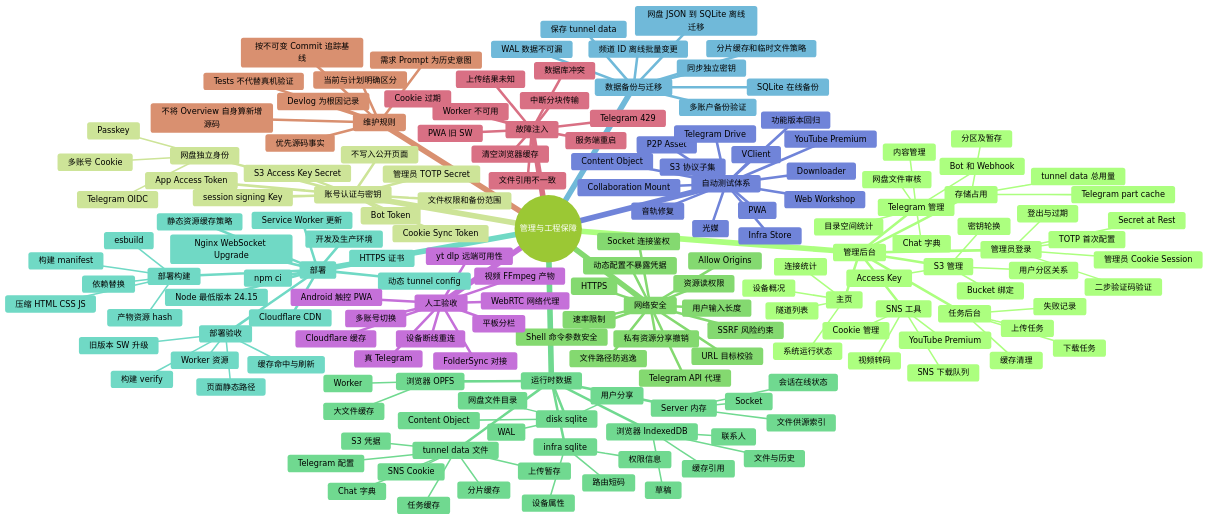
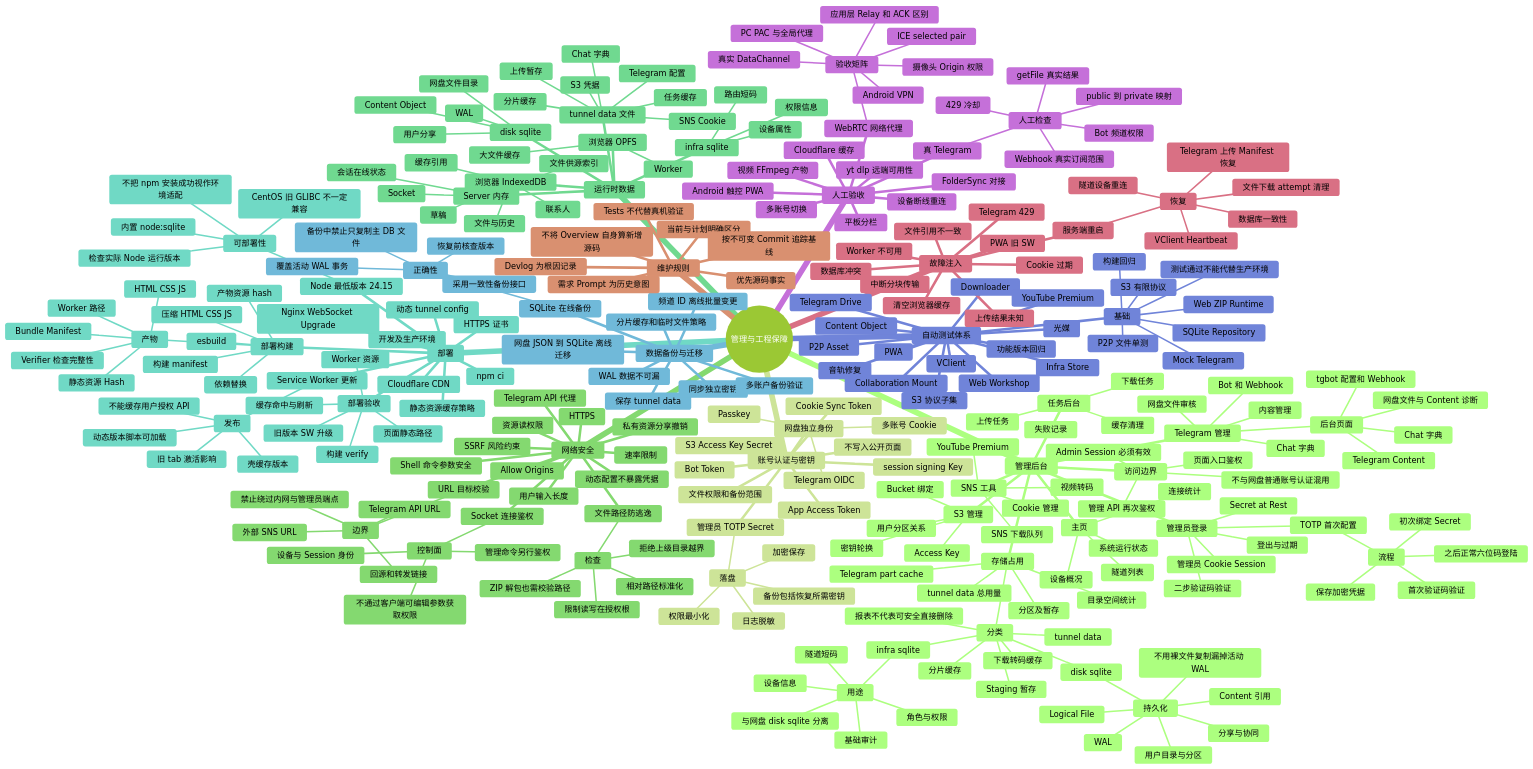
Before and after one commit to Ltre/file-tunnel: the diagram in docs/overview/feature-mindmaps/11-admin-security-deploy-tests.md, drawn with Mermaid (forest theme). The commit also changed 2 other files, not shown here.

Commit message:
docs: deepen PWA, Light Transfer, VClient and administration mindmaps 09-11

```diff
--- a/docs/overview/feature-mindmaps/11-admin-security-deploy-tests.md
+++ b/docs/overview/feature-mindmaps/11-admin-security-deploy-tests.md
@@ -11,8 +11,18 @@
 mindmap
   root((管理与工程保障))
     管理后台
+      访问边界
+        Admin Session 必须有效
+        页面入口鉴权
+        管理 API 再次鉴权
+        不与网盘普通账号认证混用
       管理员登录
         TOTP 首次配置
+          流程
+            初次绑定 Secret
+            保存加密凭据
+            首次验证码验证
+            之后正常六位码登陆
         二步验证码验证
         Secret at Rest
         管理员 Cookie Session
@@ -23,6 +33,11 @@
         设备概况
         连接统计
       Telegram 管理
+        后台页面
+          tgbot 配置和 Webhook
+          Chat 字典
+          Telegram Content
+          网盘文件与 Content 诊断
         Bot 和 Webhook
         Chat 字典
         内容管理
@@ -38,6 +53,27 @@
         用户分区关系
         密钥轮换
       存储占用
+        分类
+          tunnel data
+          infra sqlite
+            用途
+              隧道短码
+              设备信息
+              角色与权限
+              基础审计
+              与网盘 disk sqlite 分离
+          disk sqlite
+            持久化
+              WAL
+              Logical File
+              Content 引用
+              用户目录与分区
+              分享与协同
+              不用裸文件复制漏掉活动 WAL
+          分片缓存
+          下载转码缓存
+          Staging 暂存
+          报表不代表可安全直接删除
         tunnel data 总用量
         Telegram part cache
         分区及暂存
@@ -49,6 +85,11 @@
         失败记录
     账号认证与密钥
       管理员 TOTP Secret
+        落盘
+          加密保存
+          日志脱敏
+          备份包括恢复所需密钥
+          权限最小化
       网盘独立身份
         Telegram OIDC
         Passkey
@@ -64,11 +105,25 @@
       HTTPS
       Allow Origins
       Socket 连接鉴权
+        控制面
+          设备与 Session 身份
+          管理命令另行鉴权
+          不通过客户端可编辑参数获取权限
       速率限制
       资源读权限
       用户输入长度
       URL 目标校验
+        边界
+          外部 SNS URL
+          Telegram API URL
+          回源和转发链接
+          禁止绕过内网与管理员端点
       文件路径防逃逸
+        检查
+          相对路径标准化
+          拒绝上级目录越界
+          限制读写在授权根
+          ZIP 解包也需校验路径
       Shell 命令参数安全
       SSRF 风险约束
       私有资源分享撤销
@@ -106,6 +161,11 @@
         任务缓存
     部署
       Node 最低版本 24.15
+        可部署性
+          内置 node:sqlite
+          检查实际 Node 运行版本
+          CentOS 旧 GLIBC 不一定兼容
+          不把 npm 安装成功视作环境适配
       npm ci
       动态 tunnel config
       开发及生产环境
@@ -114,7 +174,18 @@
       Cloudflare CDN
       静态资源缓存策略
       Service Worker 更新
+        发布
+          壳缓存版本
+          旧 tab 激活影响
+          动态版本脚本可加载
+          不能缓存用户授权 API
       部署构建
+        产物
+          HTML CSS JS
+          静态资源 Hash
+          Worker 路径
+          Bundle Manifest
+          Verifier 检查完整性
         esbuild
         产物资源 hash
         压缩 HTML CSS JS
@@ -130,12 +201,25 @@
       保存 tunnel data
       同步独立密钥
       SQLite 在线备份
+        正确性
+          采用一致性备份接口
+          覆盖活动 WAL 事务
+          备份中禁止只复制主 DB 文件
+          恢复前核查版本
       WAL 数据不可漏
       网盘 JSON 到 SQLite 离线迁移
       频道 ID 离线批量变更
       多账户备份验证
       分片缓存和临时文件策略
     自动测试体系
+      基础
+        Mock Telegram
+        P2P 文件单测
+        SQLite Repository
+        S3 有限协议
+        Web ZIP Runtime
+        构建回归
+        测试通过不能代替生产环境
       P2P Asset
       Infra Store
       Telegram Drive
@@ -152,9 +236,22 @@
       功能版本回归
     人工验收
       真 Telegram
+        人工检查
+          Bot 频道权限
+          getFile 真实结果
+          429 冷却
+          public 到 private 映射
+          Webhook 真实订阅范围
       Android 触控 PWA
       平板分栏
       WebRTC 网络代理
+        验收矩阵
+          PC PAC 与全局代理
+          Android VPN
+          摄像头 Origin 权限
+          ICE selected pair
+          真实 DataChannel
+          应用层 Relay 和 ACK 区别
       Cloudflare 缓存
       FolderSync 对接
       yt dlp 远端可用性
@@ -172,6 +269,12 @@
       PWA 旧 SW
       Worker 不可用
       服务端重启
+        恢复
+          隧道设备重连
+          文件下载 attempt 清理
+          Telegram 上传 Manifest 恢复
+          数据库一致性
+          VClient Heartbeat
     维护规则
       优先源码事实
       需求 Prompt 为历史意图
```
